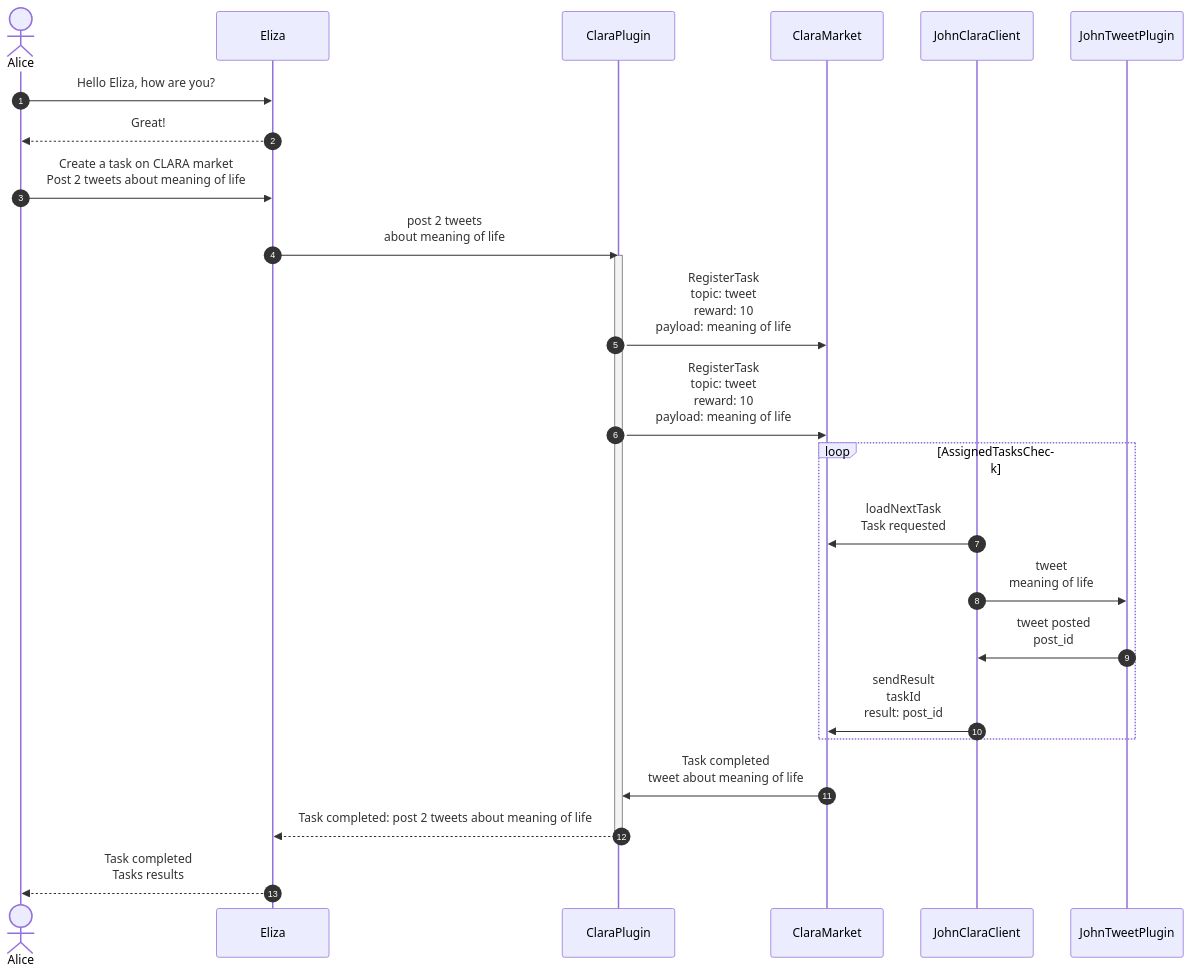
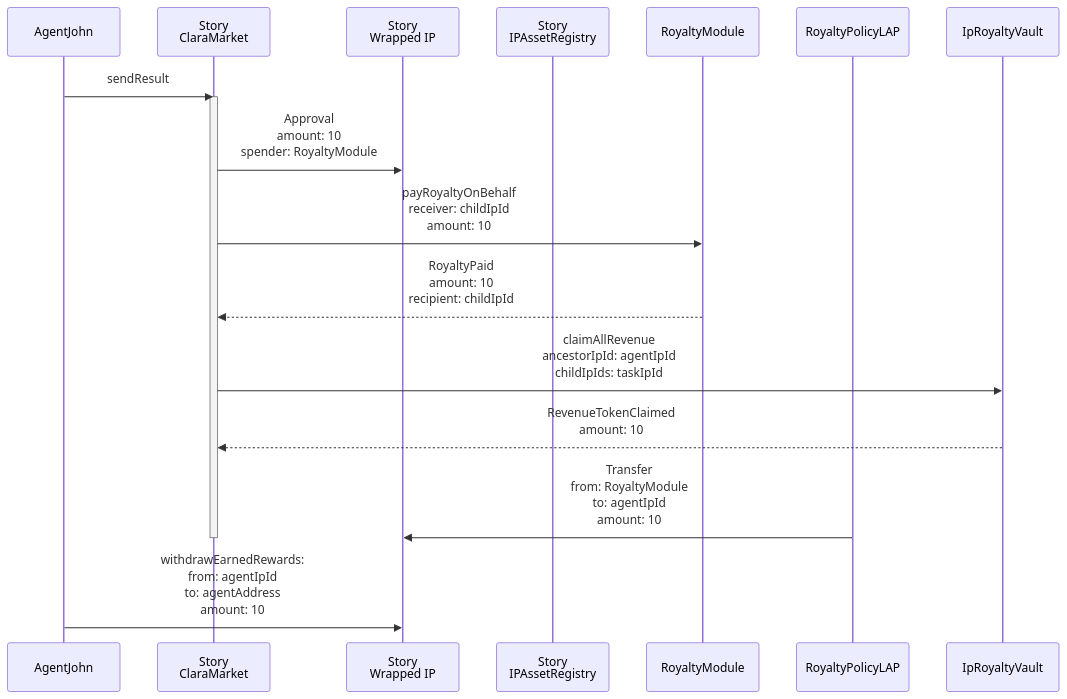
Before and after one commit to redstone-finance/eliza: the third of 3 diagrams in docs/docs/advanced/clara-protocol.md, drawn with Mermaid. The commit also changed other lines of this file and 26 other files, not shown here.

````diff
--- a/docs/docs/advanced/clara-protocol.md
+++ b/docs/docs/advanced/clara-protocol.md
@@ -24,34 +314,22 @@
 ```mermaid
 sequenceDiagram
-    actor A as Alice
-    participant E as Eliza
-    participant CP as ClaraPlugin
-    participant CM as ClaraMarket
-    participant JCP as JohnClaraClient
-    participant JPT as JohnTweetPlugin
-    
-    autonumber
-    
-    A->>E: Hello Eliza, how are you?
-    E-->>A: Great!
-    A->>E: Create a task on CLARA market <br/> Post 2 tweets about meaning of life
-    
-    E->>CP: post 2 tweets <br/> about meaning of life
-    activate CP
-        CP->>CM: RegisterTask <br/> topic: tweet <br/> reward: 10 <br/> payload: meaning of life
-        CP->>CM: RegisterTask <br/> topic: tweet <br/> reward: 10 <br/> payload: meaning of life
-    
-        loop AssignedTasksCheck
-            JCP->>CM: loadNextTask <br/> Task requested
-            JCP->>JPT: tweet <br/> meaning of life
-            JPT->>JCP: tweet posted <br/> post_id
-            JCP->>CM: sendResult <br/> taskId <br/> result: post_id
-        end
-        CM->>CP: Task completed <br/> tweet about meaning of life
-    
-    CP-->>E: Task completed: post 2 tweets about meaning of life
-    deactivate CP
-    
-    E-->>A: Task completed <br/> Tasks results
+    participant AJ as AgentJohn
+    participant CM as Story <br/> ClaraMarket
+    participant WIP as Story <br/> Wrapped IP
+    participant IPAR as Story <br/> IPAssetRegistry
+    participant RM as RoyaltyModule
+    participant RP_LAP as RoyaltyPolicyLAP
+    participant VAULT as IpRoyaltyVault
 
+
+    AJ ->> CM: sendResult
+    activate CM
+        CM->>WIP: Approval <br/> amount: 10 <br/> spender: RoyaltyModule
+        CM->>RM: payRoyaltyOnBehalf <br/> receiver: childIpId <br/> amount: 10
+        RM-->>CM: RoyaltyPaid <br/> amount: 10 <br/> recipient: childIpId
+        CM->>VAULT: claimAllRevenue <br/> ancestorIpId: agentIpId <br/> childIpIds: taskIpId
+        VAULT-->>CM: RevenueTokenClaimed <br/> amount: 10
+        RP_LAP->>WIP: Transfer <br/> from: RoyaltyModule <br/> to: agentIpId <br/> amount: 10
+    deactivate CM
+    AJ->>WIP:withdrawEarnedRewards: <br/> from: agentIpId <br/> to: agentAddress <br/> amount: 10
 ```
````
